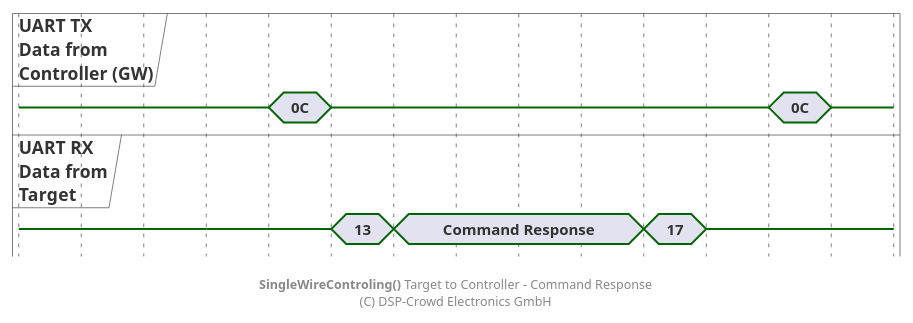
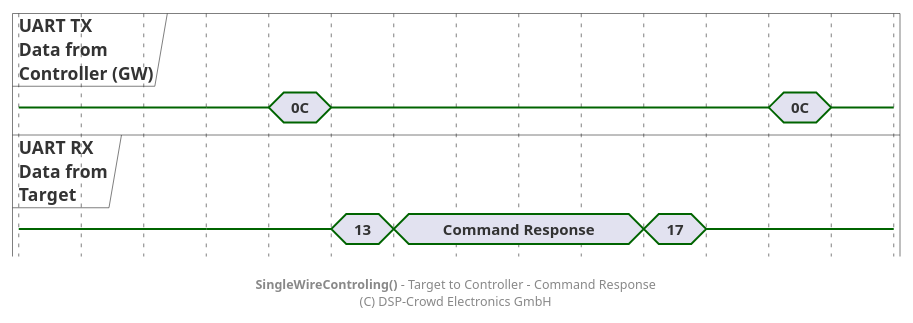
One commit to NoOrientationProgramming/code-orb changed the diagram in doc/system/protocol/A3_swt-target-to-ctrl_cmd-resp.pu. Above: the diagram before and after it, drawn with PlantUML. The commit also changed 15 other files, not shown here.

```diff
--- a/doc/system/protocol/A3_swt-target-to-ctrl_cmd-resp.pu
+++ b/doc/system/protocol/A3_swt-target-to-ctrl_cmd-resp.pu
@@ -2,40 +2,40 @@
 @startuml
 
 hide time-axis
 
 concise "UART TX\nData from\nController (GW)" as ctrl
 concise "UART RX\nData from\nTarget" as tar
 
 @0
 ctrl is {-}
 tar is {-}
 
 @+60
 ctrl is {-}
 tar is {-}
 
 @+20
 ctrl is "0C"
 
 @+20
 ctrl is {-}
 tar is "13"
 
 @+20
 tar is "Command Response"
 
 @+80
 tar is "17"
 
 @+20
 tar is {-}
 
 @+20
 ctrl is "0C"
 
 @+20
 ctrl is {-}
 
-footer **SingleWireControling()** Target to Controller - Command Response\n(C) DSP-Crowd Electronics GmbH
+footer **SingleWireControling()** - Target to Controller - Command Response\n(C) DSP-Crowd Electronics GmbH
 
 @enduml
```
